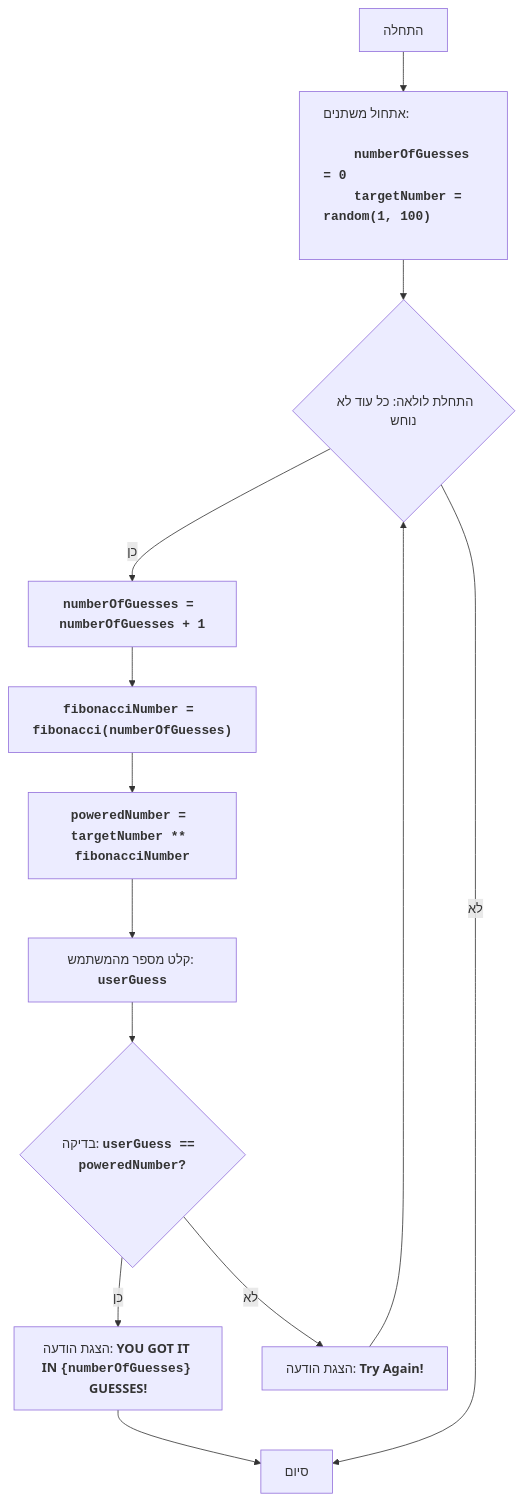
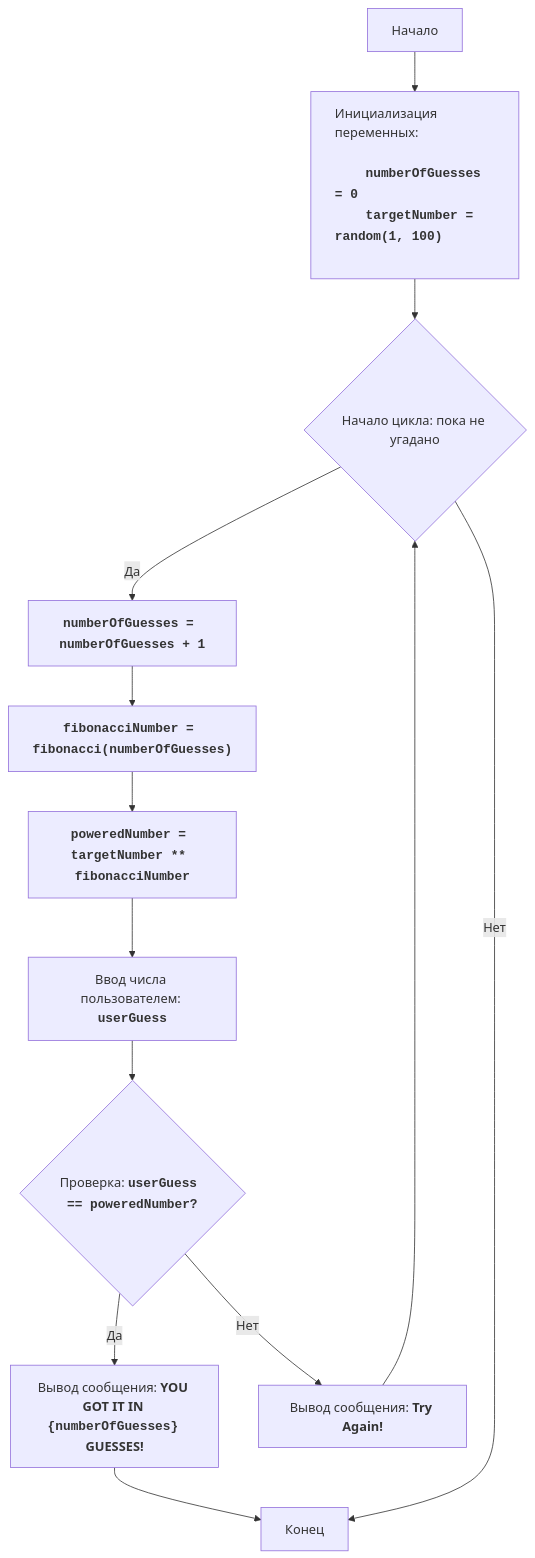
Before and after one commit to hypo69/1001-python-he: the diagram in code/UNSORTED/FIPOWR/README.MD, drawn with Mermaid. The commit also changed other lines of this file and 869 other files, not shown here.

````diff
--- a/code/UNSORTED/FIPOWR/README.MD
+++ b/code/UNSORTED/FIPOWR/README.MD
@@ -29,19 +29,19 @@
 ```mermaid
 flowchart TD
-    Start["התחלה"] --> InitializeVariables["<p align='left'>אתחול משתנים:
+    Start["Начало"] --> InitializeVariables["<p align='left'>Инициализация переменных:
     <code><b>
     numberOfGuesses = 0
     targetNumber = random(1, 100)
     </b></code></p>"]
-    InitializeVariables --> LoopStart{"התחלת לולאה: כל עוד לא נוחש"}
-    LoopStart -- כן --> IncreaseGuesses["<code><b>numberOfGuesses = numberOfGuesses + 1</b></code>"]
+    InitializeVariables --> LoopStart{"Начало цикла: пока не угадано"}
+    LoopStart -- Да --> IncreaseGuesses["<code><b>numberOfGuesses = numberOfGuesses + 1</b></code>"]
     IncreaseGuesses --> CalculateFibonacci["<code><b>fibonacciNumber = fibonacci(numberOfGuesses)</b></code>"]
      CalculateFibonacci --> CalculatePower["<code><b>poweredNumber = targetNumber ** fibonacciNumber</b></code>"]
-    CalculatePower --> InputGuess["קלט מספר מהמשתמש: <code><b>userGuess</b></code>"]
-    InputGuess --> CheckGuess{"בדיקה: <code><b>userGuess == poweredNumber?</b></code>"}
-    CheckGuess -- כן --> OutputWin["הצגת הודעה: <b>YOU GOT IT IN <code>{numberOfGuesses}</code> GUESSES!</b>"]
-    OutputWin --> End["סיום"]
-    CheckGuess -- לא --> OutputTryAgain["הצגת הודעה: <b>Try Again!</b>"]
+    CalculatePower --> InputGuess["Ввод числа пользователем: <code><b>userGuess</b></code>"]
+    InputGuess --> CheckGuess{"Проверка: <code><b>userGuess == poweredNumber?</b></code>"}
+    CheckGuess -- Да --> OutputWin["Вывод сообщения: <b>YOU GOT IT IN <code>{numberOfGuesses}</code> GUESSES!</b>"]
+    OutputWin --> End["Конец"]
+    CheckGuess -- Нет --> OutputTryAgain["Вывод сообщения: <b>Try Again!</b>"]
     OutputTryAgain --> LoopStart
-    LoopStart -- לא --> End
+    LoopStart -- Нет --> End
 ```
````
